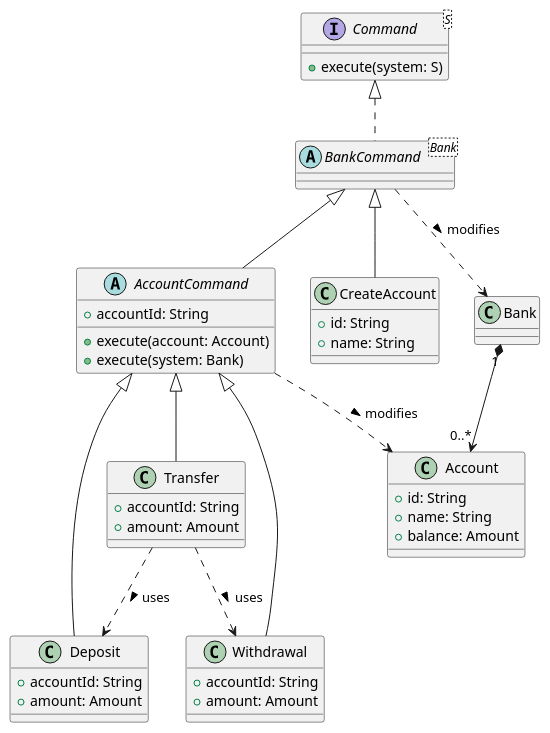
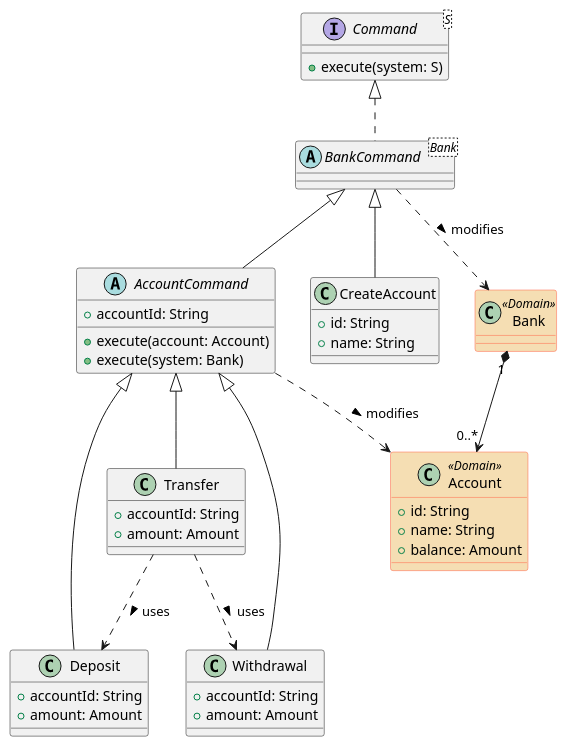
The diagram in bank.puml (xrrocha/kmemimg), drawn with PlantUML before and after one commit. The commit also changed 1 other file, not shown here.

Commit message:
Added bank UML class diagram

```diff
--- a/bank.puml
+++ b/bank.puml
@@ -1,50 +1,55 @@
 @startuml
-class Bank {
+skinparam class {
+    BackgroundColor<<Domain>> Wheat
+    BorderColor<<Domain>> Tomato
 }
-class Account {
+
+class Bank <<Domain>> {
+}
+class Account <<Domain>> {
     + id: String
     + name: String
     + balance: Amount
 }
 Bank "1" *--> "0..*" Account
 
 interface Command<S> {
     + execute(system: S)
 }
 
 abstract class BankCommand<Bank>
 Command <|.. BankCommand
 BankCommand ..> Bank: modifies >
 
 class CreateAccount {
     + id: String
     + name: String
 }
 BankCommand <|-- CreateAccount
 
 abstract class AccountCommand {
     + accountId: String
     + execute(account: Account)
     + execute(system: Bank)
 }
 BankCommand <|-- AccountCommand
 AccountCommand ..> Account: modifies >
 
 class Deposit extends AccountCommand {
     + accountId: String
     + amount: Amount
 }
 
 class Withdrawal extends AccountCommand {
     + accountId: String
     + amount: Amount
 }
 
 class Transfer extends AccountCommand {
     + accountId: String
     + amount: Amount
 }
 Transfer ..> Deposit: uses >
 Transfer ..> Withdrawal: uses >
 
 @enduml
```
